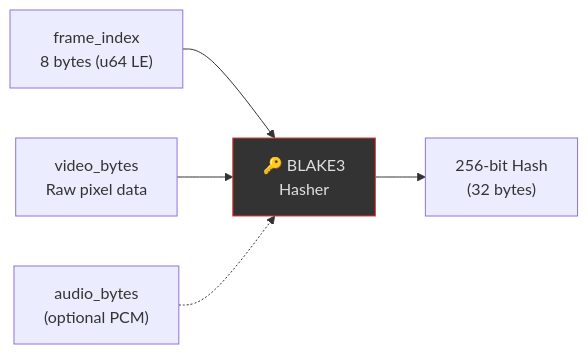
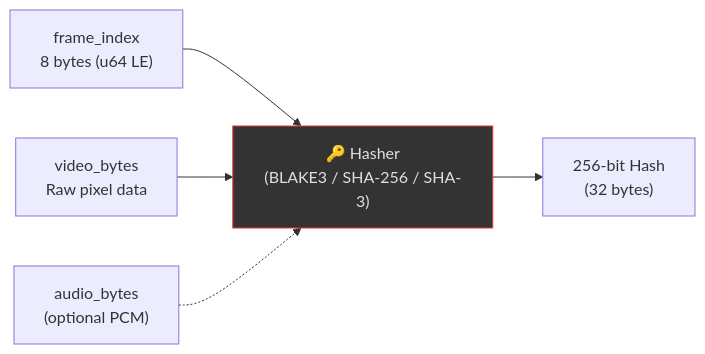
The first of 4 diagrams in docs/cryptography.md (docxology/steganographer), drawn with Mermaid before and after one commit. The commit also changed other lines of this file and 15 other files, not shown here.

````diff
--- a/docs/cryptography.md
+++ b/docs/cryptography.md
@@ -76,8 +79,8 @@
 ```mermaid
 flowchart LR
-    IDX["frame_index\n8 bytes (u64 LE)"] --> HASHER["🔑 BLAKE3\nHasher"]
+    IDX["frame_index\n8 bytes (u64 LE)"] --> HASHER["🔑 Hasher\n(BLAKE3 / SHA-256 / SHA-3)"]
     VID["video_bytes\nRaw pixel data"] --> HASHER
     AUD["audio_bytes\n(optional PCM)"] -.-> HASHER
     HASHER --> HASH["256-bit Hash\n(32 bytes)"]
     style HASHER fill:#333,stroke:#e53935,color:#e0e0e0
 ```
````
